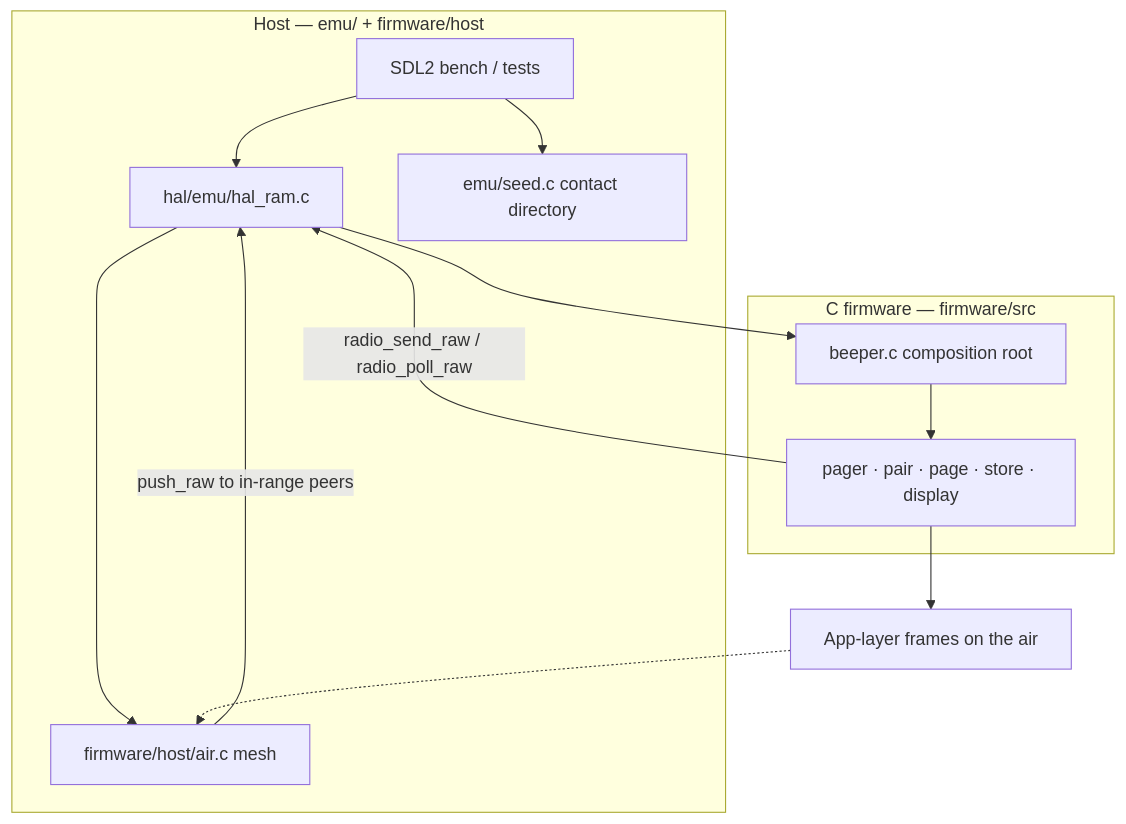
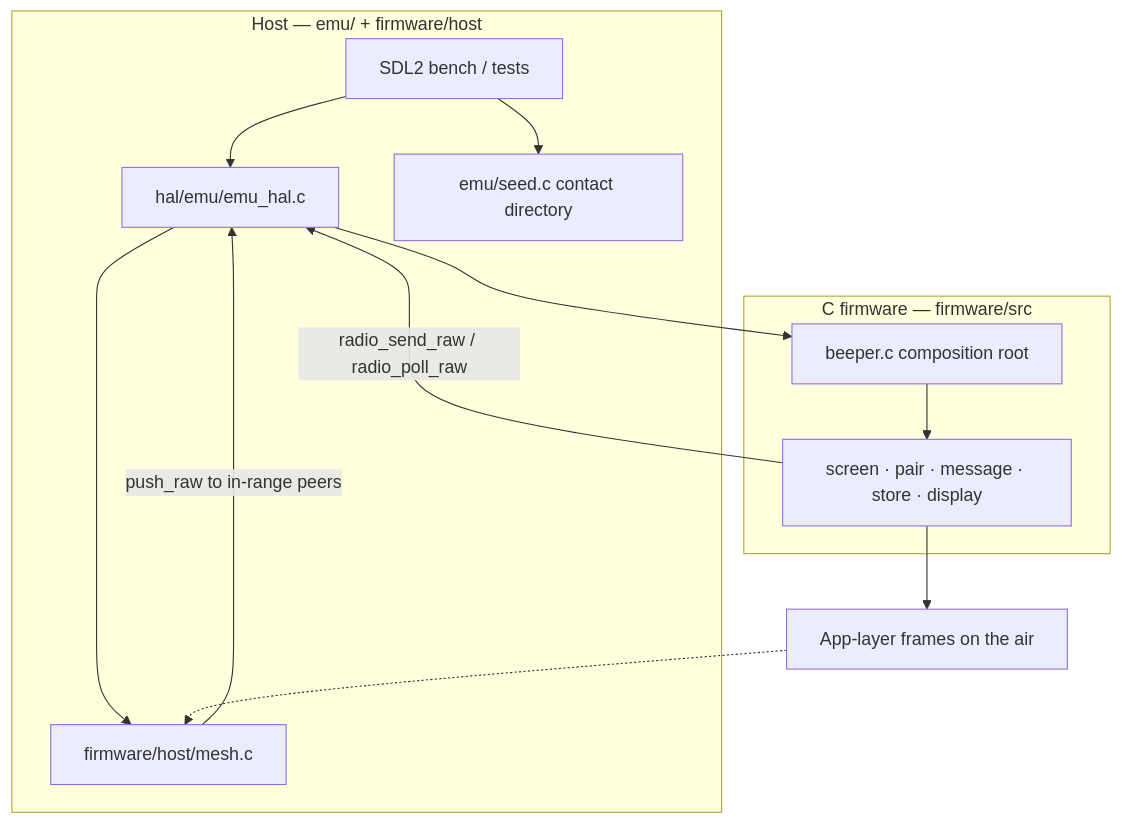
One commit to Oh-Low/peeple-beeper changed the diagram in docs/architecture.md. Above: the diagram before and after it, drawn with Mermaid. The commit also changed other lines of this file and 40 other files, not shown here.

First line of the commit message:
Name the screen, message session, mesh, and each machine HAL for what they own.

````diff
--- a/docs/architecture.md
+++ b/docs/architecture.md
@@ -13,23 +13,23 @@
 ```mermaid
 flowchart TB
   subgraph host ["Host — emu/ + firmware/host"]
     UI["SDL2 bench / tests"]
-    HALImpl["hal/emu/hal_ram.c"]
-    Air["firmware/host/air.c mesh"]
+    HALImpl["hal/emu/emu_hal.c"]
+    Air["firmware/host/mesh.c"]
     Seed["emu/seed.c contact directory"]
   end
   subgraph fw ["C firmware — firmware/src"]
     Beeper["beeper.c composition root"]
-    Apps["pager · pair · page · store · display"]
+    Apps["screen · pair · message · store · display"]
   end
   Frames["App-layer frames on the air"]
   UI --> HALImpl
   UI --> Seed
   HALImpl --> Beeper
   Beeper --> Apps
   Apps -->|"radio_send_raw / radio_poll_raw"| HALImpl
   HALImpl --> Air
   Air -->|"push_raw to in-range peers"| HALImpl
   Apps --> Frames
   Frames -.-> Air
 ```
````
